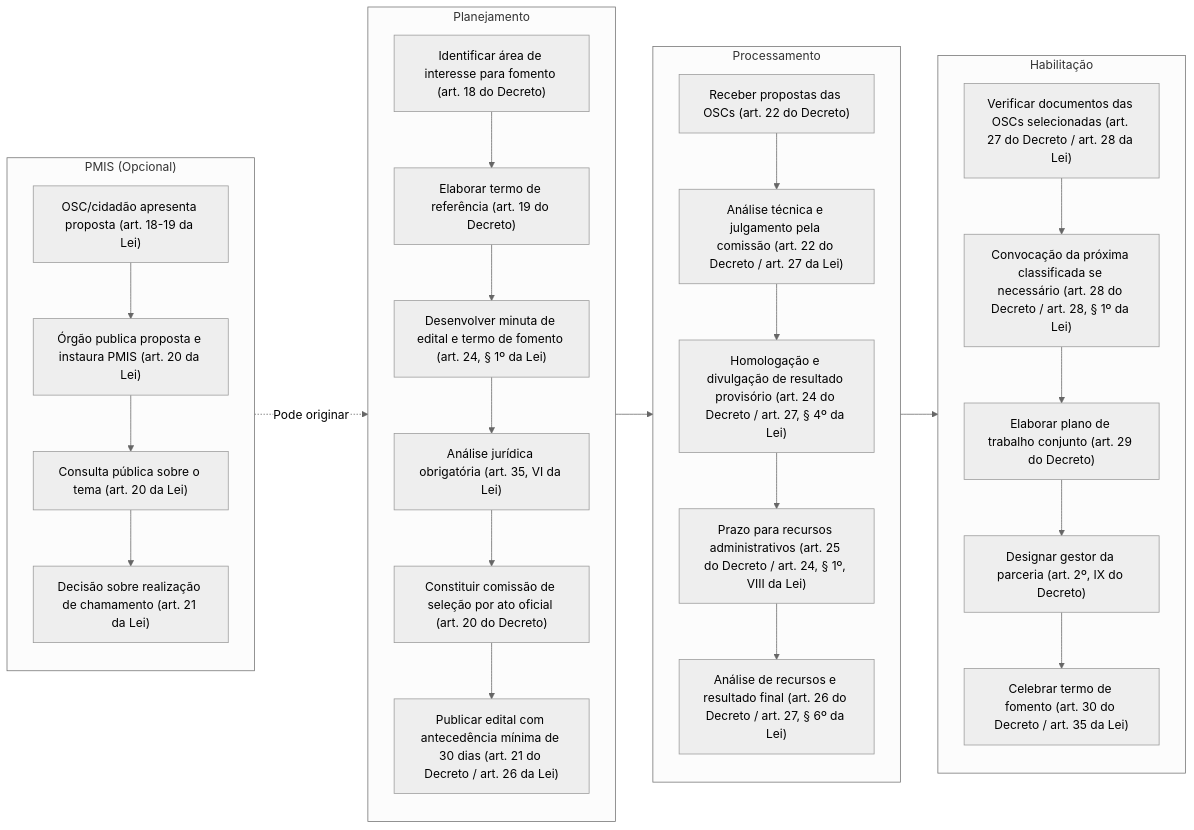
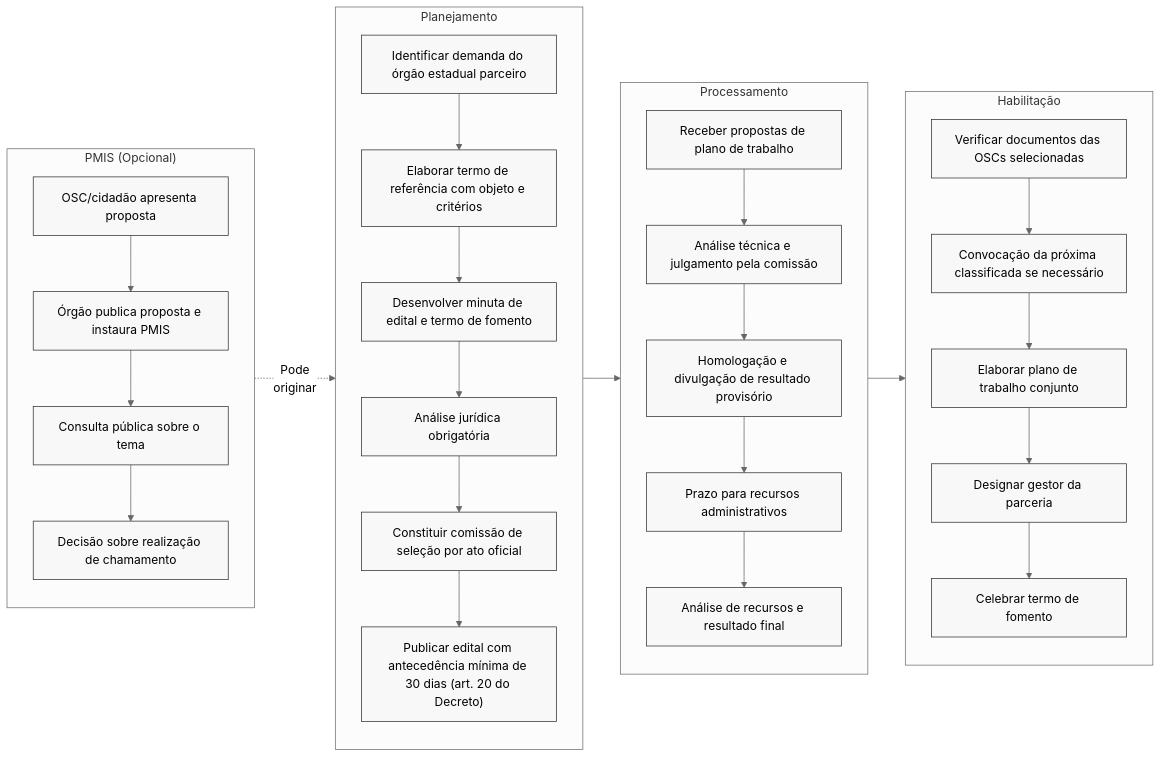
One commit to iepha-mg/manual.appi changed the first of 3 diagrams in docs/parcerias/mrosc/termo-de-fomento.md. Above: the diagram before and after it, drawn with Mermaid (neutral theme). The commit also changed other lines of this file and 4 other files, not shown here.

Commit message:
add MROSC/termo-de-fomento e /termo-de-colaboracao; fix versao em /intro/index.md

````diff
--- a/docs/parcerias/mrosc/termo-de-fomento.md
+++ b/docs/parcerias/mrosc/termo-de-fomento.md
@@ -78,37 +135,39 @@
-<div class="mermaid">
-flowchart LR
-    subgraph PMIS ["PMIS (Opcional)"]
-        P1["OSC/cidadão apresenta proposta (art. 18-19 da Lei)"]
-        P2["Órgão publica proposta e instaura PMIS (art. 20 da Lei)"]
-        P3["Consulta pública sobre o tema (art. 20 da Lei)"]
-        P4["Decisão sobre realização de chamamento (art. 21 da Lei)"]
-        P1 --> P2 --> P3 --> P4
-    end
-    subgraph Planejamento
-        A1["Identificar área de interesse para fomento (art. 18 do Decreto)"]
-        A2["Elaborar termo de referência (art. 19 do Decreto)"]
-        A3["Desenvolver minuta de edital e termo de fomento (art. 24, § 1º da Lei)"]
-        A4["Análise jurídica obrigatória (art. 35, VI da Lei)"]
-        A5["Constituir comissão de seleção por ato oficial (art. 20 do Decreto)"]
-        A6["Publicar edital com antecedência mínima de 30 dias (art. 21 do Decreto / art. 26 da Lei)"]
-        A1 --> A2 --> A3 --> A4 --> A5 --> A6
-    end
-    subgraph Processamento
-        B1["Receber propostas das OSCs (art. 22 do Decreto)"]
-        B2["Análise técnica e julgamento pela comissão (art. 22 do Decreto / art. 27 da Lei)"]
-        B3["Homologação e divulgação de resultado provisório (art. 24 do Decreto / art. 27, § 4º da Lei)"]
-        B4["Prazo para recursos administrativos (art. 25 do Decreto / art. 24, § 1º, VIII da Lei)"]
-        B5["Análise de recursos e resultado final (art. 26 do Decreto / art. 27, § 6º da Lei)"]
-        B1 --> B2 --> B3 --> B4 --> B5
-    end
-    subgraph Habilitação
-        C1["Verificar documentos das OSCs selecionadas (art. 27 do Decreto / art. 28 da Lei)"]
-        C2["Convocação da próxima classificada se necessário (art. 28 do Decreto / art. 28, § 1º da Lei)"]
-        C3["Elaborar plano de trabalho conjunto (art. 29 do Decreto)"]
-        C4["Designar gestor da parceria (art. 2º, IX do Decreto)"]
-        C5["Celebrar termo de fomento (art. 30 do Decreto / art. 35 da Lei)"]
-        C1 --> C2 --> C3 --> C4 --> C5
-    end
-    PMIS -.->|Pode originar| Planejamento
-    Planejamento --> Processamento --> Habilitação
-</div>
+    ```mermaid
+        %%{init: { 'flowchart': { 'htmlLabels': true }, 'maxTextSize': 90000 }}%%
+        flowchart LR
+        subgraph PMIS ["PMIS (Opcional)"]
+            P1["OSC/cidadão apresenta proposta"]
+            P2["Órgão publica proposta e instaura PMIS"]
+            P3["Consulta pública sobre o tema"]
+            P4["Decisão sobre realização de chamamento"]
+            P1 --> P2 --> P3 --> P4
+        end
+        subgraph Planejamento
+            A1["Identificar demanda do órgão estadual parceiro"]
+            A2["Elaborar termo de referência com objeto e critérios"]
+            A3["Desenvolver minuta de edital e termo de fomento"]
+            A4["Análise jurídica obrigatória"]
+            A5["Constituir comissão de seleção por ato oficial"]
+            A6["Publicar edital com antecedência mínima de 30 dias (art. 20 do Decreto)"]
+            A1 --> A2 --> A3 --> A4 --> A5 --> A6
+        end
+        subgraph Processamento
+            B1["Receber propostas de plano de trabalho"]
+            B2["Análise técnica e julgamento pela comissão"]
+            B3["Homologação e divulgação de resultado provisório"]
+            B4["Prazo para recursos administrativos"]
+            B5["Análise de recursos e resultado final"]
+            B1 --> B2 --> B3 --> B4 --> B5
+        end
+        subgraph Habilitação
+            C1["Verificar documentos das OSCs selecionadas"]
+            C2["Convocação da próxima classificada se necessário"]
+            C3["Elaborar plano de trabalho conjunto"]
+            C4["Designar gestor da parceria"]
+            C5["Celebrar termo de fomento"]
+            C1 --> C2 --> C3 --> C4 --> C5
+        end
+        PMIS -.->|Pode <br> originar| Planejamento
+        Planejamento --> Processamento --> Habilitação
+            classDef default stroke:#333,stroke-width:1px,fill:#f8f8f8,rx:0,ry:6font-size:20px;
+    ```
````
